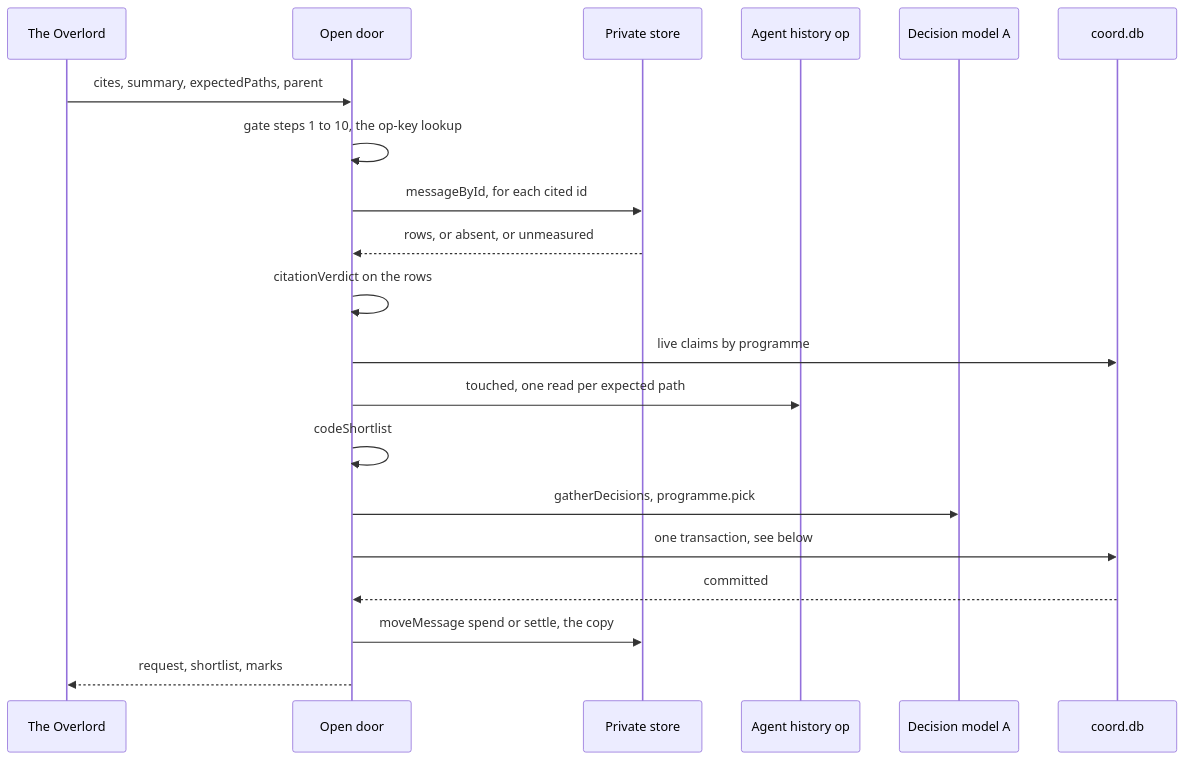
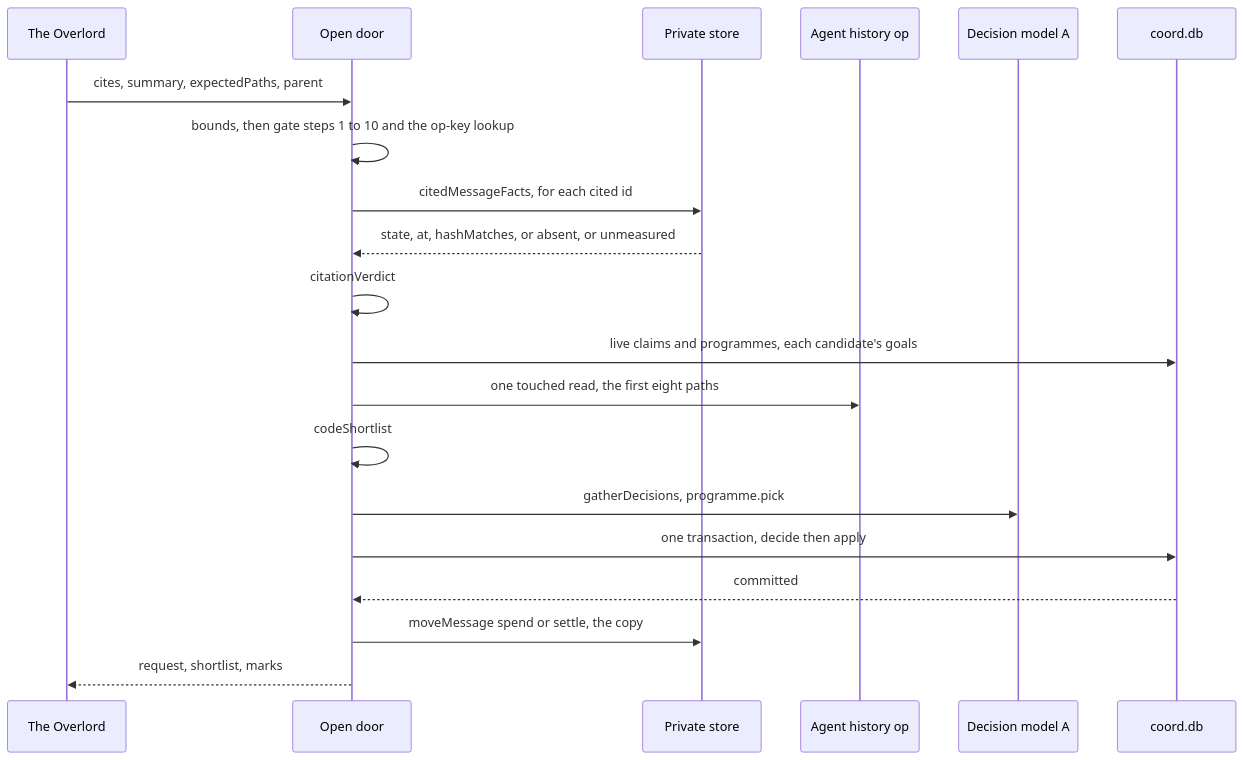
The third of 5 diagrams in docs/superpowers/plans/2026-11-16-overlord-w2/w2-requests.md (Synapsium-Labs/ccrc-pwa), drawn with Mermaid before and after one commit. The commit also changed other lines of this file, not shown here.

First line of the commit message:
docs(plan): request record fix round 1 (review 2273): decide before the append, the parent's clock, one touched read

````diff
--- a/docs/superpowers/plans/2026-11-16-overlord-w2/w2-requests.md
+++ b/docs/superpowers/plans/2026-11-16-overlord-w2/w2-requests.md
@@ -421,22 +476,22 @@
 ```mermaid
 sequenceDiagram
   participant O as The Overlord
   participant D as Open door
   participant PS as Private store
   participant H as Agent history op
   participant DM as Decision model A
   participant C as coord.db
   O->>D: cites, summary, expectedPaths, parent
-  D->>D: gate steps 1 to 10, the op-key lookup
-  D->>PS: messageById, for each cited id
-  PS-->>D: rows, or absent, or unmeasured
-  D->>D: citationVerdict on the rows
-  D->>C: live claims by programme
-  D->>H: touched, one read per expected path
+  D->>D: bounds, then gate steps 1 to 10 and the op-key lookup
+  D->>PS: citedMessageFacts, for each cited id
+  PS-->>D: state, at, hashMatches, or absent, or unmeasured
+  D->>D: citationVerdict
+  D->>C: live claims and programmes, each candidate's goals
+  D->>H: one touched read, the first eight paths
   D->>D: codeShortlist
   D->>DM: gatherDecisions, programme.pick
-  D->>C: one transaction, see below
+  D->>C: one transaction, decide then apply
   C-->>D: committed
   D->>PS: moveMessage spend or settle, the copy
   D-->>O: request, shortlist, marks
 ```
````
